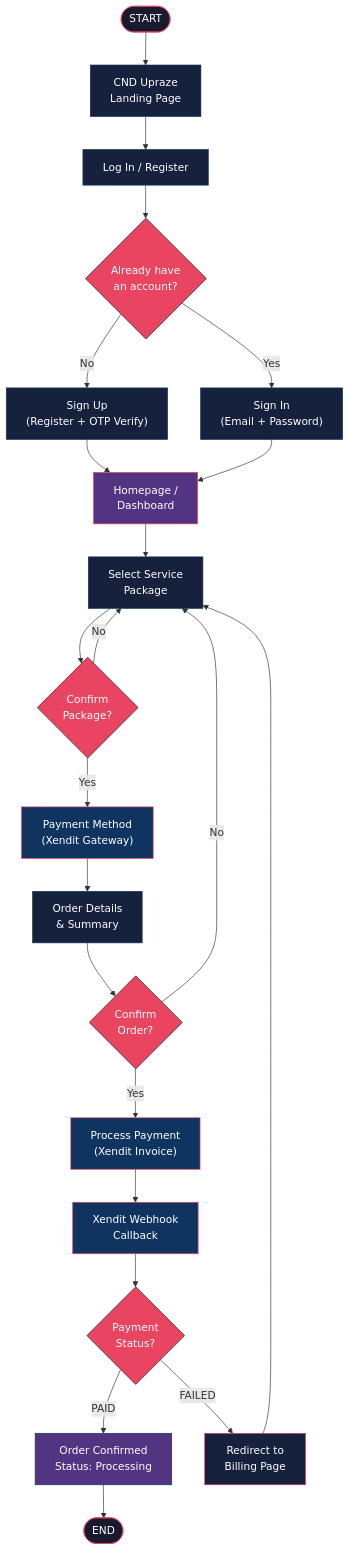
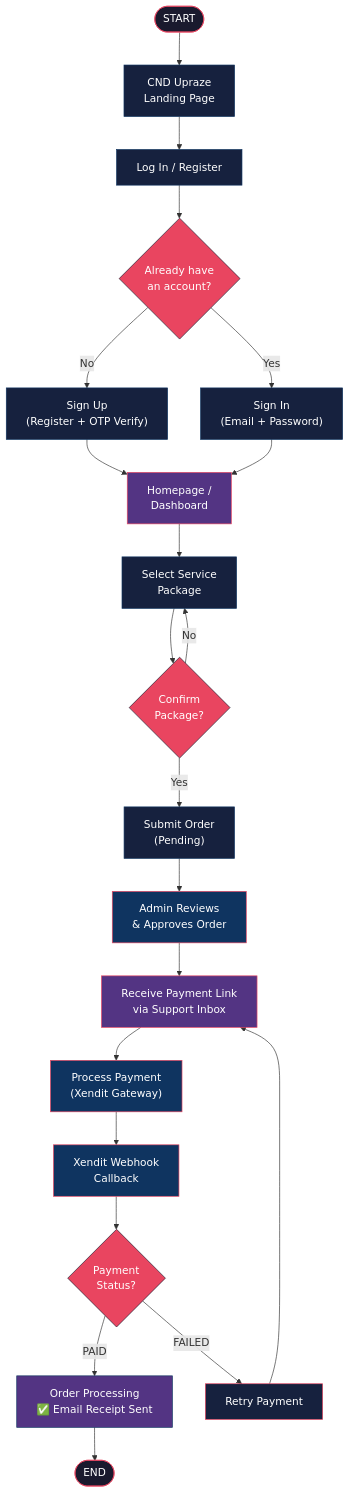
The fourth of 5 diagrams in README.md (binssente-crypto/CND-Upraze), drawn with Mermaid before and after one commit. The commit also changed other lines of this file and 5 other files, not shown here.

Commit message:
feat: implement admin confirmation first flow for orders with payment receipt emails and update flowcharts

````diff
--- a/README.md
+++ b/README.md
@@ -85,43 +85,42 @@
 ```mermaid
 flowchart TD
     START(["START"]) --> LANDING["CND Upraze\nLanding Page"]
     LANDING --> AUTH["Log In / Register"]
     AUTH --> HAS_ACCOUNT{"Already have\nan account?"}
     HAS_ACCOUNT -- "Yes" --> SIGNIN["Sign In\n(Email + Password)"]
     HAS_ACCOUNT -- "No" --> SIGNUP["Sign Up\n(Register + OTP Verify)"]
     SIGNUP --> DASHBOARD
     SIGNIN --> DASHBOARD["Homepage /\nDashboard"]
     DASHBOARD --> SELECT["Select Service\nPackage"]
     SELECT --> CONFIRM_PKG{"Confirm\nPackage?"}
     CONFIRM_PKG -- "No" --> SELECT
-    CONFIRM_PKG -- "Yes" --> PAYMENT["Payment Method\n(Xendit Gateway)"]
-    PAYMENT --> ORDER_DETAILS["Order Details\n& Summary"]
-    ORDER_DETAILS --> CONFIRM_ORDER{"Confirm\nOrder?"}
-    CONFIRM_ORDER -- "No" --> SELECT
-    CONFIRM_ORDER -- "Yes" --> PROCESS["Process Payment\n(Xendit Invoice)"]
-    PROCESS --> WEBHOOK["Xendit Webhook\nCallback"]
+    CONFIRM_PKG -- "Yes" --> SUBMIT["Submit Order\n(Pending)"]
+    SUBMIT --> ADMIN_REVIEW["Admin Reviews\n& Approves Order"]
+    ADMIN_REVIEW --> INBOX["Receive Payment Link\nvia Support Inbox"]
+    INBOX --> PAYMENT["Process Payment\n(Xendit Gateway)"]
+    PAYMENT --> WEBHOOK["Xendit Webhook\nCallback"]
     WEBHOOK --> STATUS{"Payment\nStatus?"}
-    STATUS -- "PAID" --> COMPLETE["Order Confirmed\n Status: Processing"]
-    STATUS -- "FAILED" --> RETRY["Redirect to\nBilling Page"]
-    RETRY --> SELECT
+    STATUS -- "PAID" --> COMPLETE["Order Processing\n✅ Email Receipt Sent"]
+    STATUS -- "FAILED" --> RETRY["Retry Payment"]
+    RETRY --> INBOX
     COMPLETE --> FINISH(["END"])
 
     style START fill:#1a1a2e,stroke:#e94560,color:#fff
     style LANDING fill:#16213e,stroke:#0f3460,color:#fff
     style AUTH fill:#16213e,stroke:#0f3460,color:#fff
     style HAS_ACCOUNT fill:#e94560,stroke:#1a1a2e,color:#fff
     style SIGNIN fill:#16213e,stroke:#0f3460,color:#fff
     style SIGNUP fill:#16213e,stroke:#0f3460,color:#fff
     style DASHBOARD fill:#533483,stroke:#e94560,color:#fff
     style SELECT fill:#16213e,stroke:#0f3460,color:#fff
     style CONFIRM_PKG fill:#e94560,stroke:#1a1a2e,color:#fff
+    style SUBMIT fill:#16213e,stroke:#0f3460,color:#fff
+    style ADMIN_REVIEW fill:#0f3460,stroke:#e94560,color:#fff
+    style INBOX fill:#533483,stroke:#e94560,color:#fff
     style PAYMENT fill:#0f3460,stroke:#e94560,color:#fff
-    style ORDER_DETAILS fill:#16213e,stroke:#0f3460,color:#fff
-    style CONFIRM_ORDER fill:#e94560,stroke:#1a1a2e,color:#fff
-    style PROCESS fill:#0f3460,stroke:#e94560,color:#fff
     style WEBHOOK fill:#0f3460,stroke:#e94560,color:#fff
     style STATUS fill:#e94560,stroke:#1a1a2e,color:#fff
     style COMPLETE fill:#533483,stroke:#0f3460,color:#fff
     style RETRY fill:#16213e,stroke:#e94560,color:#fff
     style FINISH fill:#1a1a2e,stroke:#e94560,color:#fff
 ```
````
